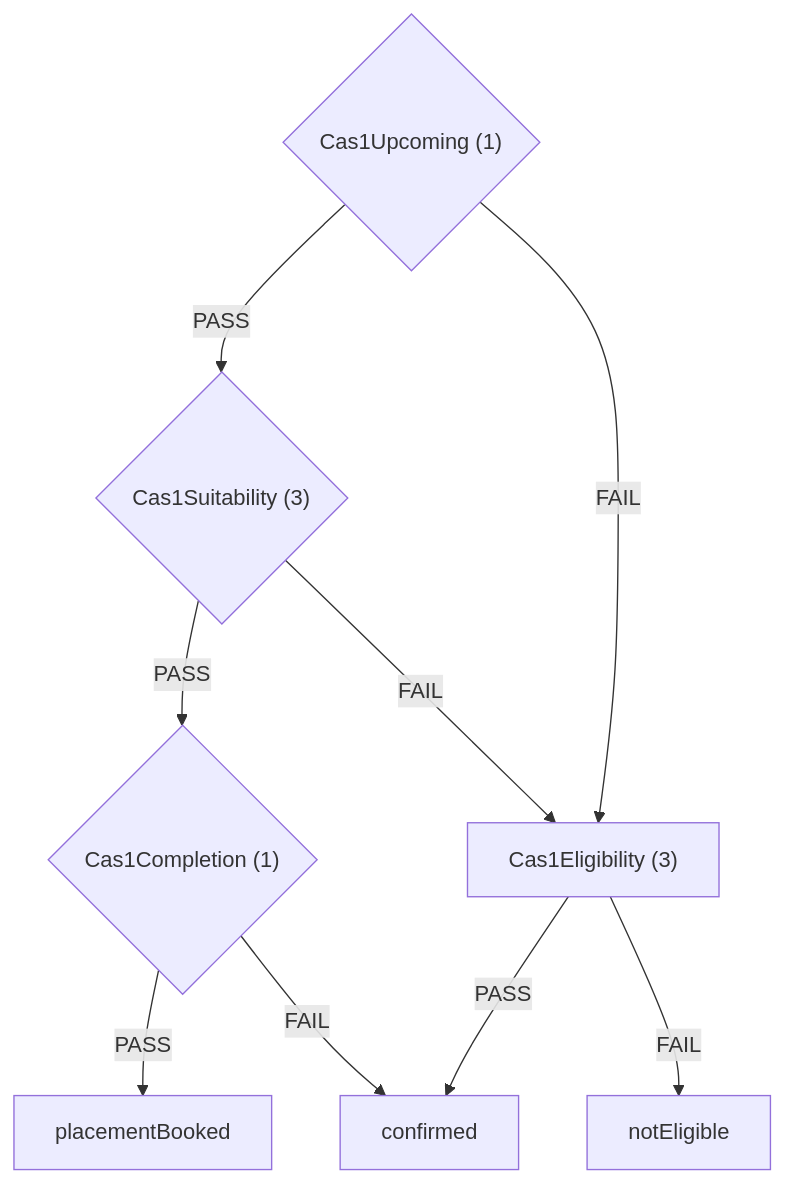
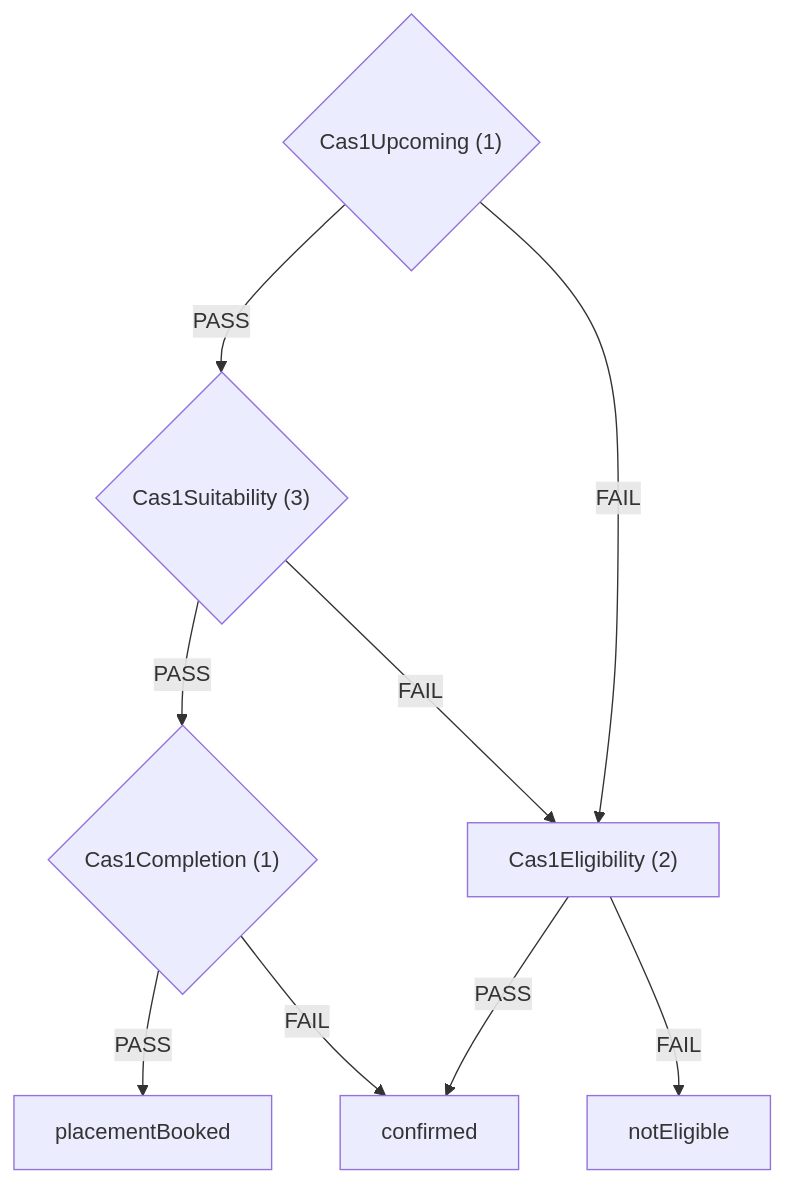
The first of 6 diagrams in docs/eligibility-rules-graph.md (ministryofjustice/hmpps-single-accommodation-service-api), drawn with Mermaid before and after one commit. The commit also changed other lines of this file and 39 other files, not shown here.

````diff
--- a/docs/eligibility-rules-graph.md
+++ b/docs/eligibility-rules-graph.md
@@ -9,18 +9,18 @@
 ```mermaid
 flowchart TD
   Cas1Upcoming{"Cas1Upcoming (1)"}
   Cas1Suitability{"Cas1Suitability (3)"}
   Cas1Completion{"Cas1Completion (1)"}
   placementBooked["placementBooked"]
   confirmed["confirmed"]
-  Cas1Eligibility["Cas1Eligibility (3)"]
+  Cas1Eligibility["Cas1Eligibility (2)"]
   notEligible["notEligible"]
   Cas1Completion -->|PASS| placementBooked
   Cas1Completion -->|FAIL| confirmed
   Cas1Eligibility -->|PASS| confirmed
   Cas1Eligibility -->|FAIL| notEligible
   Cas1Suitability -->|PASS| Cas1Completion
   Cas1Suitability -->|FAIL| Cas1Eligibility
   Cas1Upcoming -->|PASS| Cas1Suitability
   Cas1Upcoming -->|FAIL| Cas1Eligibility
 ```
````
